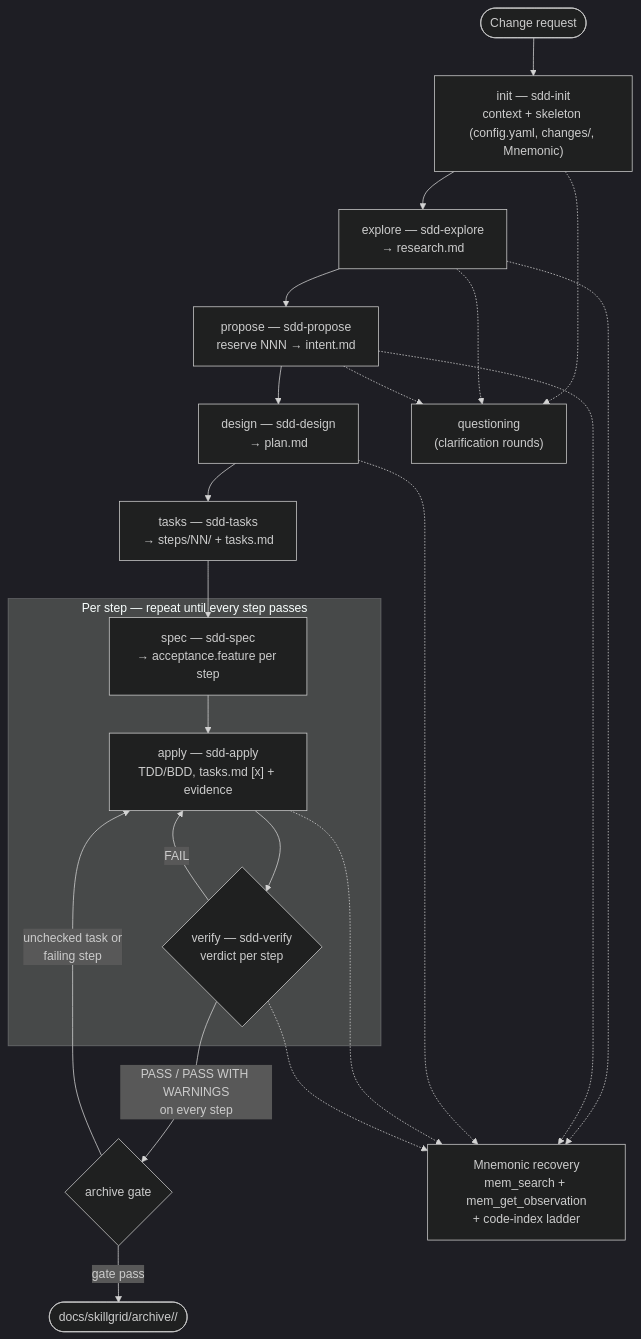
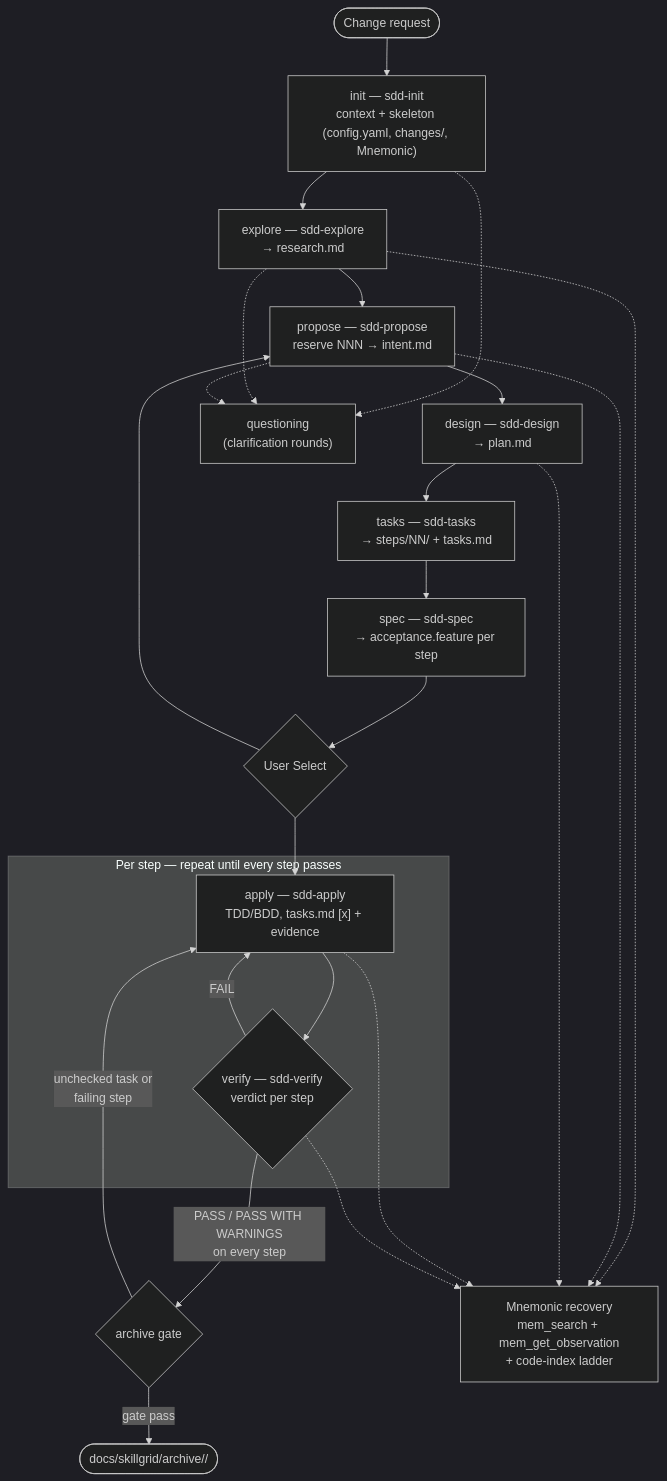
Before and after one commit to devopstales/skillgrid: the diagram in docs/plan/01-workflow.md, drawn with Mermaid (dark theme).

Commit message:
fix(sdd): add UserSelect branch in workflow diagram
The SDD workflow diagram showed Spec → Apply directly. Added a
UserSelect decision node between Spec and Apply/Proposed so the
workflow reflects that the user chooses which steps to execute next.

````diff
--- a/docs/plan/01-workflow.md
+++ b/docs/plan/01-workflow.md
@@ -89,39 +89,42 @@
 ```mermaid
 flowchart TD
     Start([Change request]) --> Init
 
     Init["init — sdd-init<br/>context + skeleton (config.yaml, changes/, Mnemonic)"]
     Explore["explore — sdd-explore<br/>→ research.md"]
     Propose["propose — sdd-propose<br/>reserve NNN → intent.md"]
     Design["design — sdd-design<br/>→ plan.md"]
     Tasks["tasks — sdd-tasks<br/>→ steps/NN/ + tasks.md"]
     Spec["spec — sdd-spec<br/>→ acceptance.feature per step"]
 
     Init --> Explore
     Explore --> Propose
     Propose --> Design
     Design --> Tasks
     Tasks --> Spec
 
+    Spec --> UserSelect{"User Select"}
+    UserSelect --> Apply["apply — sdd-apply<br/>TDD/BDD, tasks.md [x] + evidence"]
+    UserSelect --> Propose
+
     subgraph PerStep["Per step — repeat until every step passes"]
-        Spec --> Apply["apply — sdd-apply<br/>TDD/BDD, tasks.md [x] + evidence"]
         Apply --> Verify{"verify — sdd-verify<br/>verdict per step"}
         Verify -- "FAIL" --> Apply
     end
 
     Verify -- "PASS / PASS WITH WARNINGS<br/>on every step" --> ArchiveGate{"archive gate"}
     ArchiveGate -- "unchecked task or<br/>failing step" --> Apply
     ArchiveGate -- "gate pass" --> Archived(["docs/skillgrid/archive/<NNN-slug>/"])
 
     Q["questioning<br/>(clarification rounds)"]
     R["Mnemonic recovery<br/>mem_search + mem_get_observation<br/>+ code-index ladder"]
 
     Init -.-> Q
     Explore -.-> Q
     Propose -.-> Q
     Explore -.-> R
     Propose -.-> R
     Design -.-> R
     Apply -.-> R
     Verify -.-> R
 ```
````
